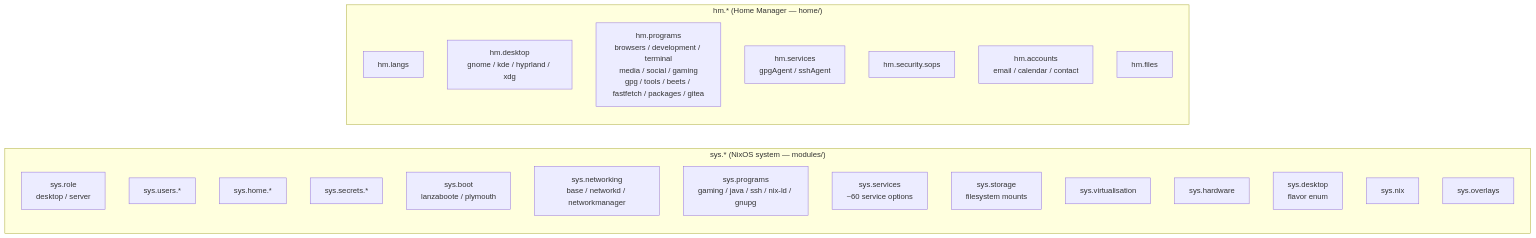
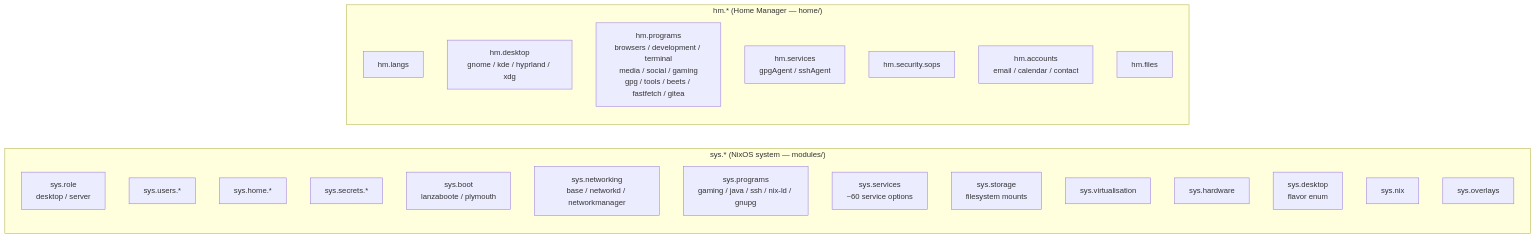
Before and after one commit to telometto/nix-config: the fourth of 10 diagrams in docs/Project_Architecture_Blueprint.md, drawn with Mermaid. The commit also changed other lines of this file and 10 other files, not shown here.

````diff
--- a/docs/Project_Architecture_Blueprint.md
+++ b/docs/Project_Architecture_Blueprint.md
@@ -188,28 +189,28 @@
 ```mermaid
 flowchart LR
     subgraph "sys.* (NixOS system — modules/)"
         SR[sys.role\ndesktop / server]
         SU[sys.users.*]
         SH[sys.home.*]
         SEC[sys.secrets.*]
         SB[sys.boot\nlanzaboote / plymouth]
         SN[sys.networking\nbase / networkd / networkmanager]
         SP[sys.programs\ngaming / java / ssh / nix-ld / gnupg]
         SS[sys.services\n~60 service options]
         ST[sys.storage\nfilesystem mounts]
         SV[sys.virtualisation]
         SHRD[sys.hardware]
         SD[sys.desktop\nflavor enum]
         SNX[sys.nix]
         SOV[sys.overlays]
     end
     subgraph "hm.* (Home Manager — home/)"
         HL[hm.langs]
         HD[hm.desktop\ngnome / kde / hyprland / xdg]
-        HPR[hm.programs\nbrowsers / development / terminal\nmedia / social / gaming\ngpg / tools / beets / fastfetch / packages / gitea]
+        HPR[hm.programs\nbrowsers / development / terminal\nmedia / social / gaming\ngpg / tools / beets / fastfetch / gitea]
         HSV[hm.services\ngpgAgent / sshAgent]
         HSEC[hm.security.sops]
         HA[hm.accounts\nemail / calendar / contact]
         HF[hm.files]
     end
 ```
````
